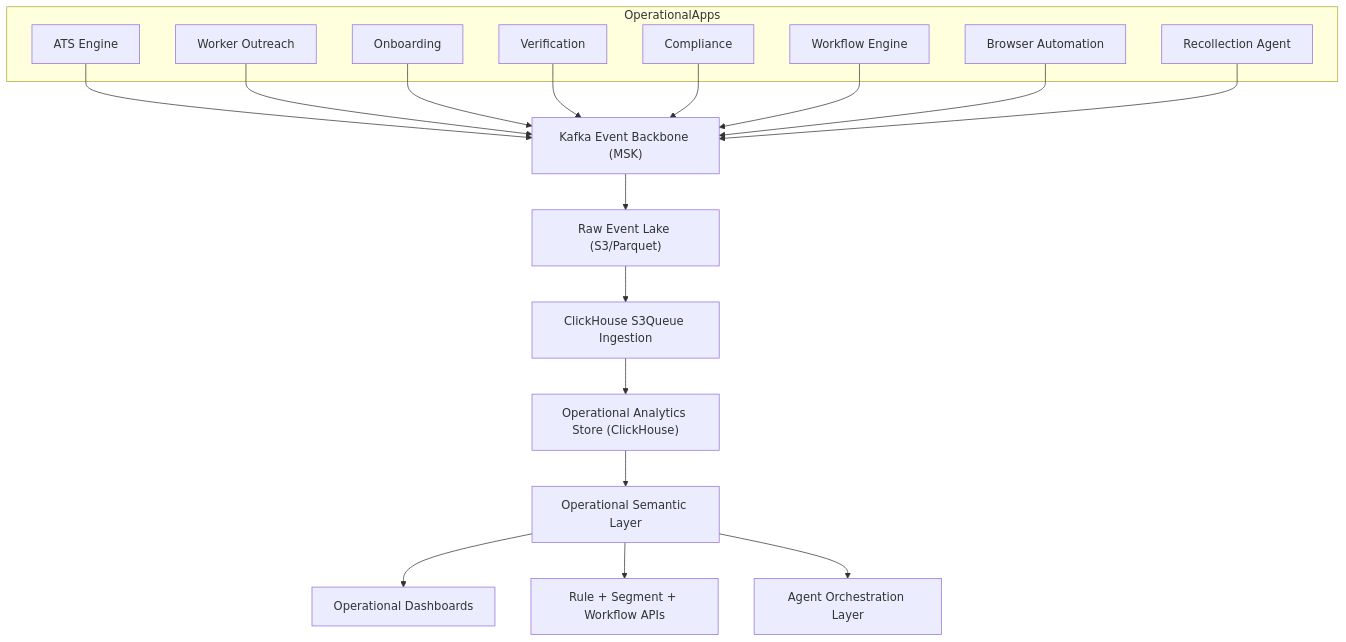
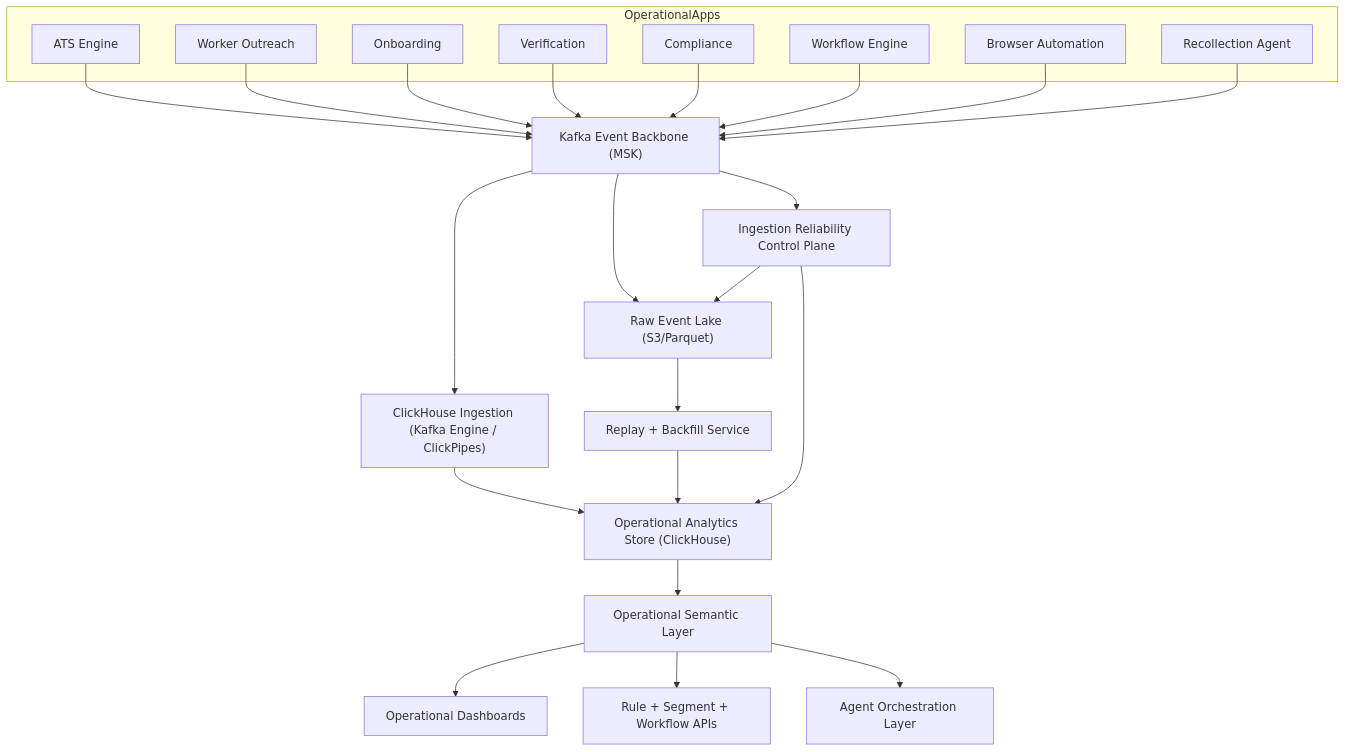
One commit to harshavardhan-99/-SQL-Engine- changed the diagram in docs/operational-intelligence-platform-architecture.md. Above: the diagram before and after it, drawn with Mermaid. The commit also changed other lines of this file and 7 other files, not shown here.

Commit message:
Rearchitect docs to parallel ingestion with reliability controls

````diff
--- a/docs/operational-intelligence-platform-architecture.md
+++ b/docs/operational-intelligence-platform-architecture.md
@@ -57,31 +57,37 @@
 ```mermaid
 flowchart TB
     subgraph OperationalApps
         ATS["ATS Engine"]
         Outreach["Worker Outreach"]
         Onboarding["Onboarding"]
         Verification["Verification"]
         Compliance["Compliance"]
         Workflow["Workflow Engine"]
         Browser["Browser Automation"]
         Recollection["Recollection Agent"]
     end
 
     ATS --> EventBus
     Outreach --> EventBus
     Onboarding --> EventBus
     Verification --> EventBus
     Compliance --> EventBus
     Workflow --> EventBus
     Browser --> EventBus
     Recollection --> EventBus
 
-    EventBus["Kafka Event Backbone (MSK)"] --> S3["Raw Event Lake (S3/Parquet)"]
-    S3 --> S3Q["ClickHouse S3Queue Ingestion"]
-    S3Q --> CH["Operational Analytics Store (ClickHouse)"]
+    EventBus["Kafka Event Backbone (MSK)"] --> CHIngest["ClickHouse Ingestion (Kafka Engine / ClickPipes)"]
+    EventBus --> S3["Raw Event Lake (S3/Parquet)"]
+    CHIngest --> CH["Operational Analytics Store (ClickHouse)"]
+
+    EventBus --> Ctrl["Ingestion Reliability Control Plane"]
+    Ctrl --> S3
+    Ctrl --> CH
+    S3 --> Replay["Replay + Backfill Service"]
+    Replay --> CH
 
     CH --> Semantic["Operational Semantic Layer"]
     Semantic --> Dashboards["Operational Dashboards"]
     Semantic --> RuleSegment["Rule + Segment + Workflow APIs"]
     Semantic --> Agents["Agent Orchestration Layer"]
 ```
````
